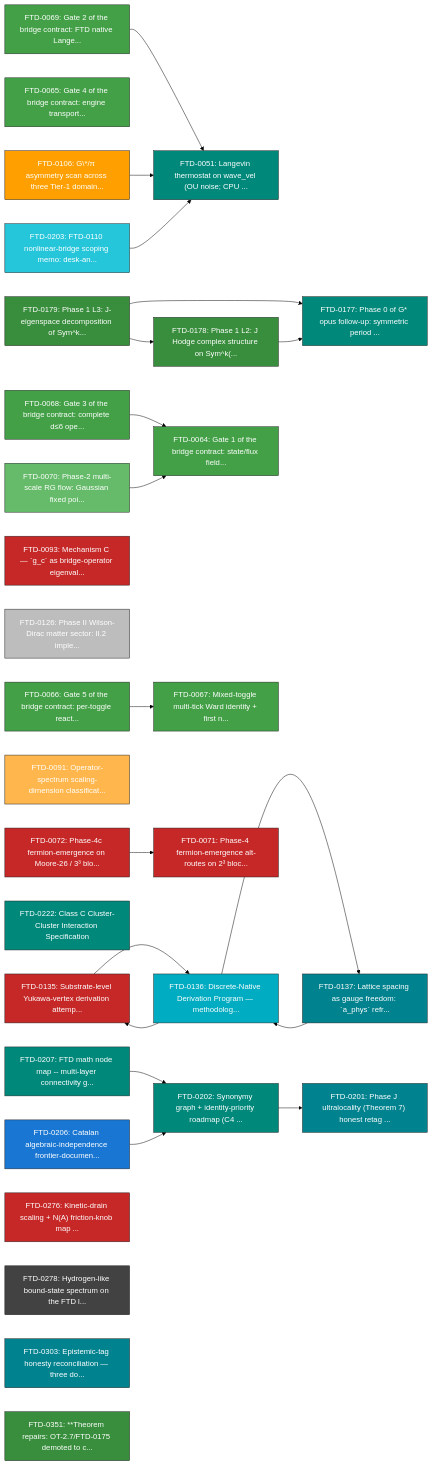
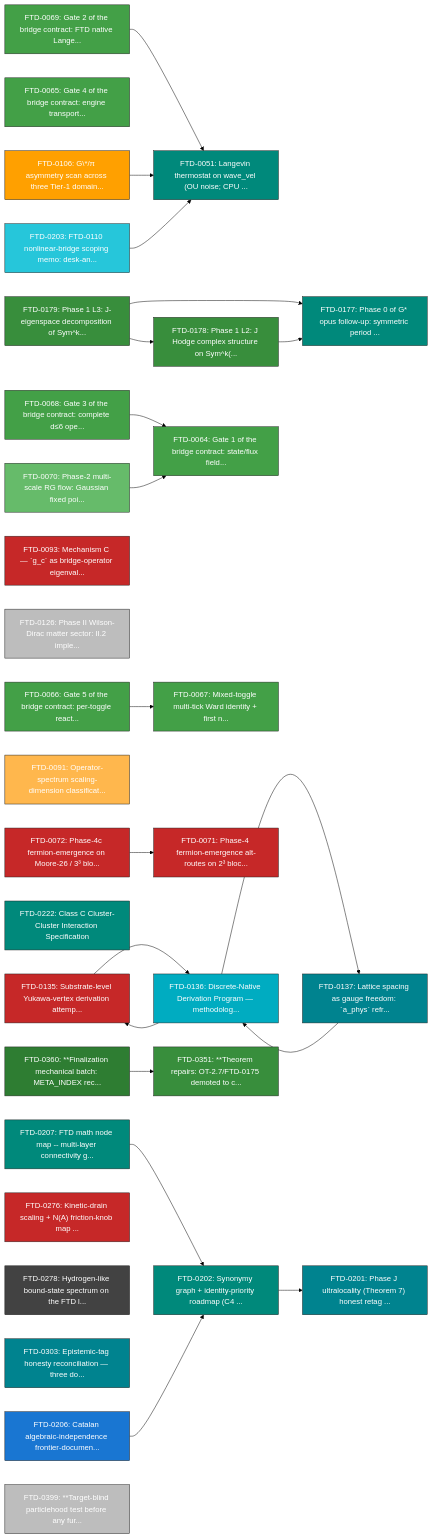
Before and after one commit to cpaci-tani/Foundational-Ternary-Dynamics: diagram 14 of 16 in docs/theory/09_mathematical/NODE_MAP_FTD_MATH.md, drawn with Mermaid (forest theme). The commit also changed other lines of this file and 103 other files, not shown here.

````diff
--- a/docs/theory/09_mathematical/NODE_MAP_FTD_MATH.md
+++ b/docs/theory/09_mathematical/NODE_MAP_FTD_MATH.md
@@ -728,6 +862,10 @@
     style FTD_0303 fill:#00838f,color:white,stroke:#222,stroke-width:1px
     FTD_0351["FTD-0351: **Theorem repairs: OT-2.7/FTD-0175 demoted to c..."]
     style FTD_0351 fill:#388e3c,color:white,stroke:#222,stroke-width:1px
+    FTD_0360["FTD-0360: **Finalization mechanical batch: META_INDEX rec..."]
+    style FTD_0360 fill:#2e7d32,color:white,stroke:#222,stroke-width:1px
+    FTD_0399["FTD-0399: **Target-blind particlehood test before any fur..."]
+    style FTD_0399 fill:#bdbdbd,color:white,stroke:#222,stroke-width:1px
     FTD_0178 --> FTD_0177
     FTD_0179 --> FTD_0177
     FTD_0179 --> FTD_0178
@@ -745,4 +883,5 @@
     FTD_0206 --> FTD_0202
     FTD_0203 --> FTD_0051
     FTD_0202 --> FTD_0201
+    FTD_0360 --> FTD_0351
 ```
````
